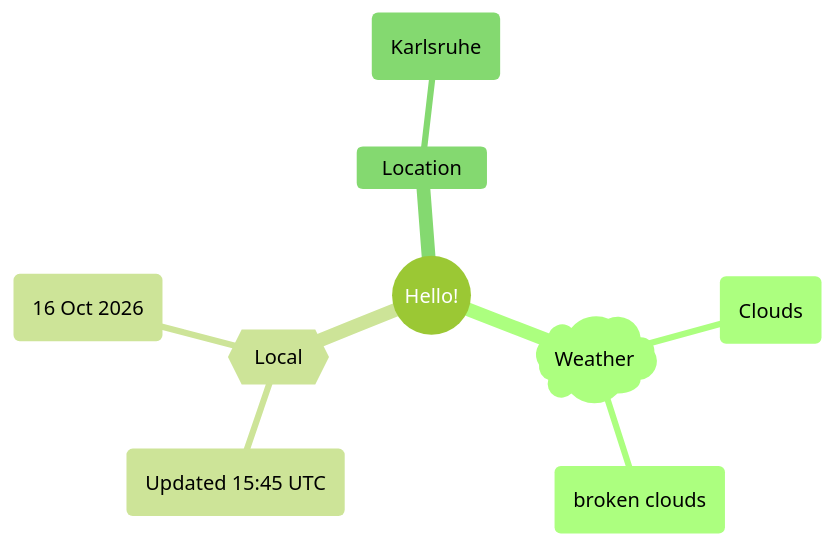
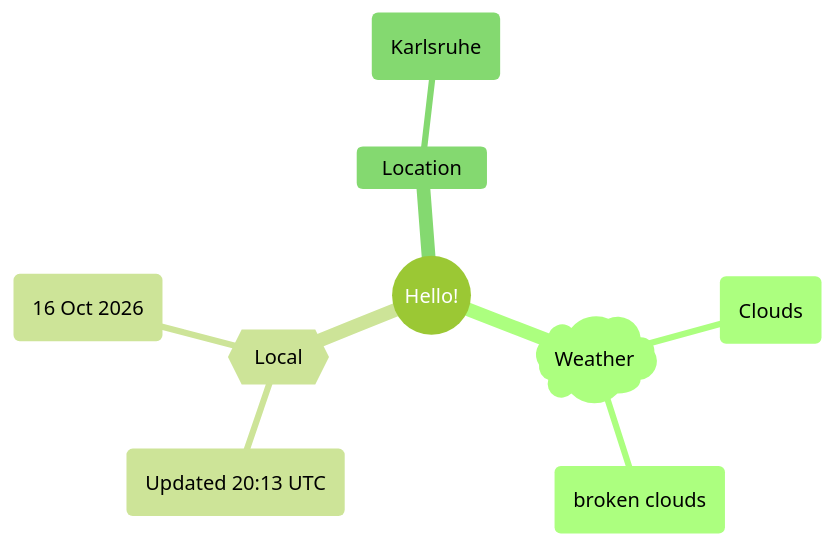
The first of 2 diagrams in README.md (Xosrov/Xosrov), drawn with Mermaid (forest theme) before and after one commit.

Commit message:
[bot] updated images

````diff
--- a/README.md
+++ b/README.md
@@ -3,12 +3,12 @@
 ```mermaid
 mindmap
   root((Hello!))
     )Weather(
         (Clouds)
         (broken clouds)
     {{Local}}
-        (Updated 15:45 UTC)
+        (Updated 20:13 UTC)
         (16 Oct 2026)
     Location
         (Karlsruhe)
 ```
````
